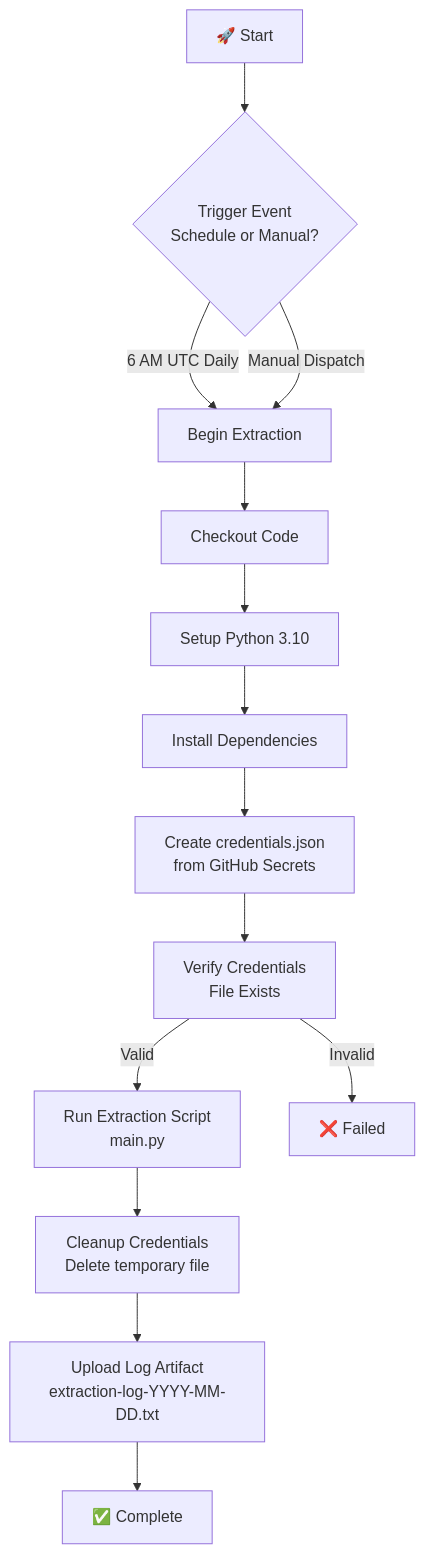
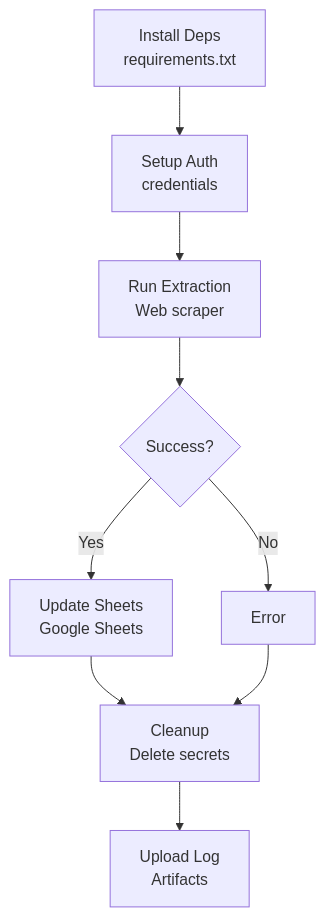
The third of 6 diagrams in docs/github_actions.md (victoriacheng15/personal-reading-analytics-dashboard), drawn with Mermaid before and after one commit. The commit also changed other lines of this file and 14 other files, not shown here.

````diff
--- a/docs/github_actions.md
+++ b/docs/github_actions.md
@@ -97,16 +118,11 @@
 ```mermaid
 graph TD
-    Start["🚀 Start"] --> Trigger{"Trigger Event<br/>Schedule or Manual?"}
-    Trigger -->|6 AM UTC Daily| Begin["Begin Extraction"]
-    Trigger -->|Manual Dispatch| Begin
-    Begin --> Checkout["Checkout Code"]
-    Checkout --> Setup["Setup Python 3.10"]
-    Setup --> Install["Install Dependencies"]
-    Install --> Secrets["Create credentials.json<br/>from GitHub Secrets"]
-    Secrets --> Verify["Verify Credentials<br/>File Exists"]
-    Verify -->|Valid| Extract["Run Extraction Script<br/>main.py"]
-    Verify -->|Invalid| End1["❌ Failed"]
-    Extract --> Cleanup["Cleanup Credentials<br/>Delete temporary file"]
-    Cleanup --> Upload["Upload Log Artifact<br/>extraction-log-YYYY-MM-DD.txt"]
-    Upload --> End2["✅ Complete"]
+    A["Install Deps<br/>requirements.txt"] --> B["Setup Auth<br/>credentials"]
+    B --> C["Run Extraction<br/>Web scraper"]
+    C --> D{"Success?"}
+    D -->|Yes| E["Update Sheets<br/>Google Sheets"]
+    D -->|No| F["Error"]
+    E --> G["Cleanup<br/>Delete secrets"]
+    F --> G
+    G --> H["Upload Log<br/>Artifacts"]
 ```
````
